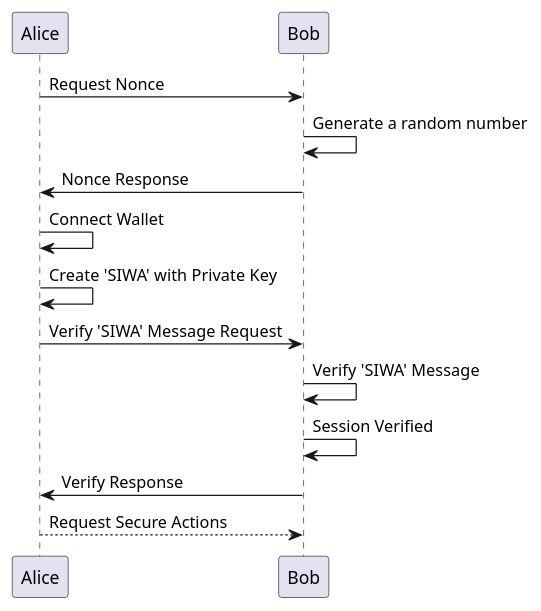
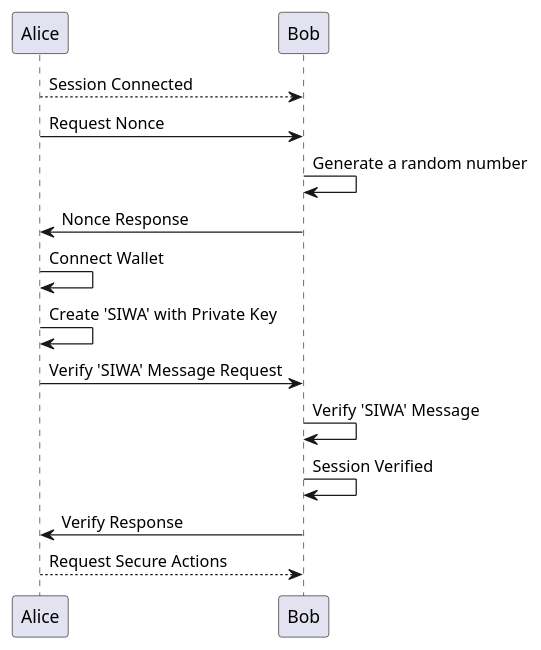
One commit to baby-whales/aptos-2023-seoul changed the diagram in nft/move/docs/siwa.puml. Above: the diagram before and after it, drawn with PlantUML. The commit also changed 3 other files, not shown here.

```diff
--- a/nft/move/docs/siwa.puml
+++ b/nft/move/docs/siwa.puml
@@ -1,12 +1,13 @@
 @startuml
+Alice --> Bob : Session Connected
 Alice -> Bob : Request Nonce
 Bob -> Bob : Generate a random number
 Bob -> Alice: Nonce Response
 Alice -> Alice : Connect Wallet
 Alice -> Alice : Create 'SIWA' with Private Key
 Alice -> Bob: Verify 'SIWA' Message Request
 Bob -> Bob : Verify 'SIWA' Message
 Bob -> Bob : Session Verified
 Bob -> Alice: Verify Response
 Alice --> Bob : Request Secure Actions
 @enduml
```
